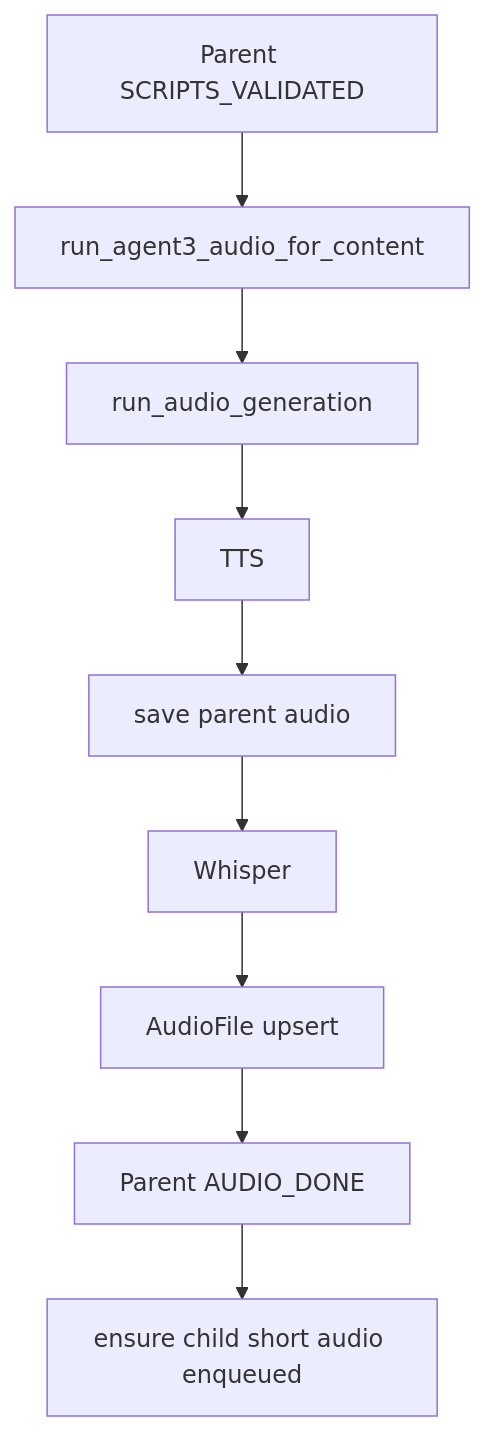
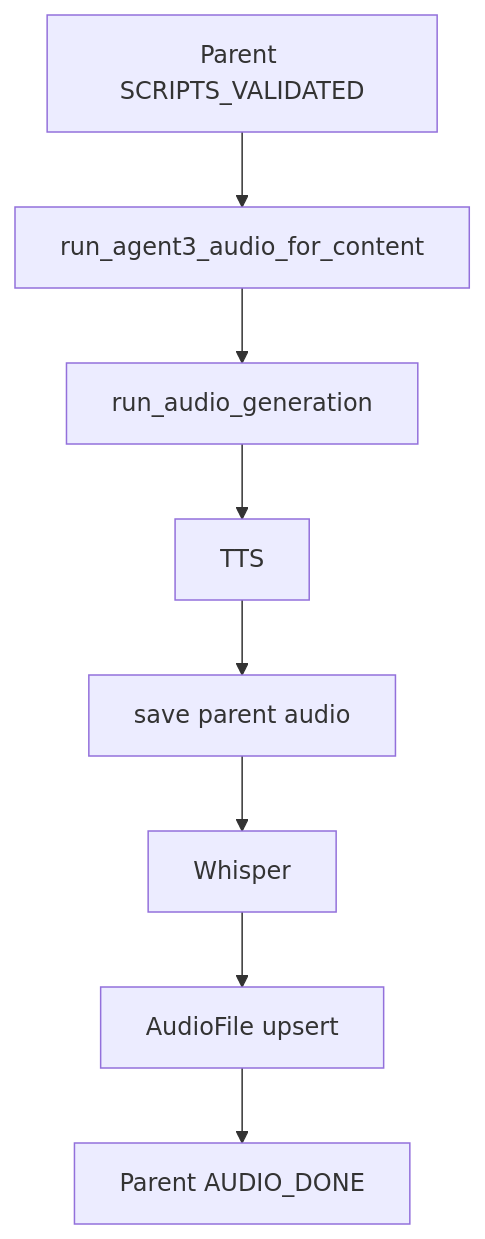
The third of 8 diagrams in CLAUDE.md (Hssingr/content-factory), drawn with Mermaid before and after one commit. The commit also changed other lines of this file and 30 other files, not shown here.

Commit message:
architecture and code cleanup

````diff
--- a/CLAUDE.md
+++ b/CLAUDE.md
@@ -752,11 +822,10 @@
 ```mermaid
 flowchart TD
     A[Parent SCRIPTS_VALIDATED] --> B[run_agent3_audio_for_content]
     B --> C[run_audio_generation]
     C --> D[TTS]
     D --> E[save parent audio]
     E --> F[Whisper]
     F --> G[AudioFile upsert]
     G --> H[Parent AUDIO_DONE]
-    H --> I[ensure child short audio enqueued]
 ```
````
